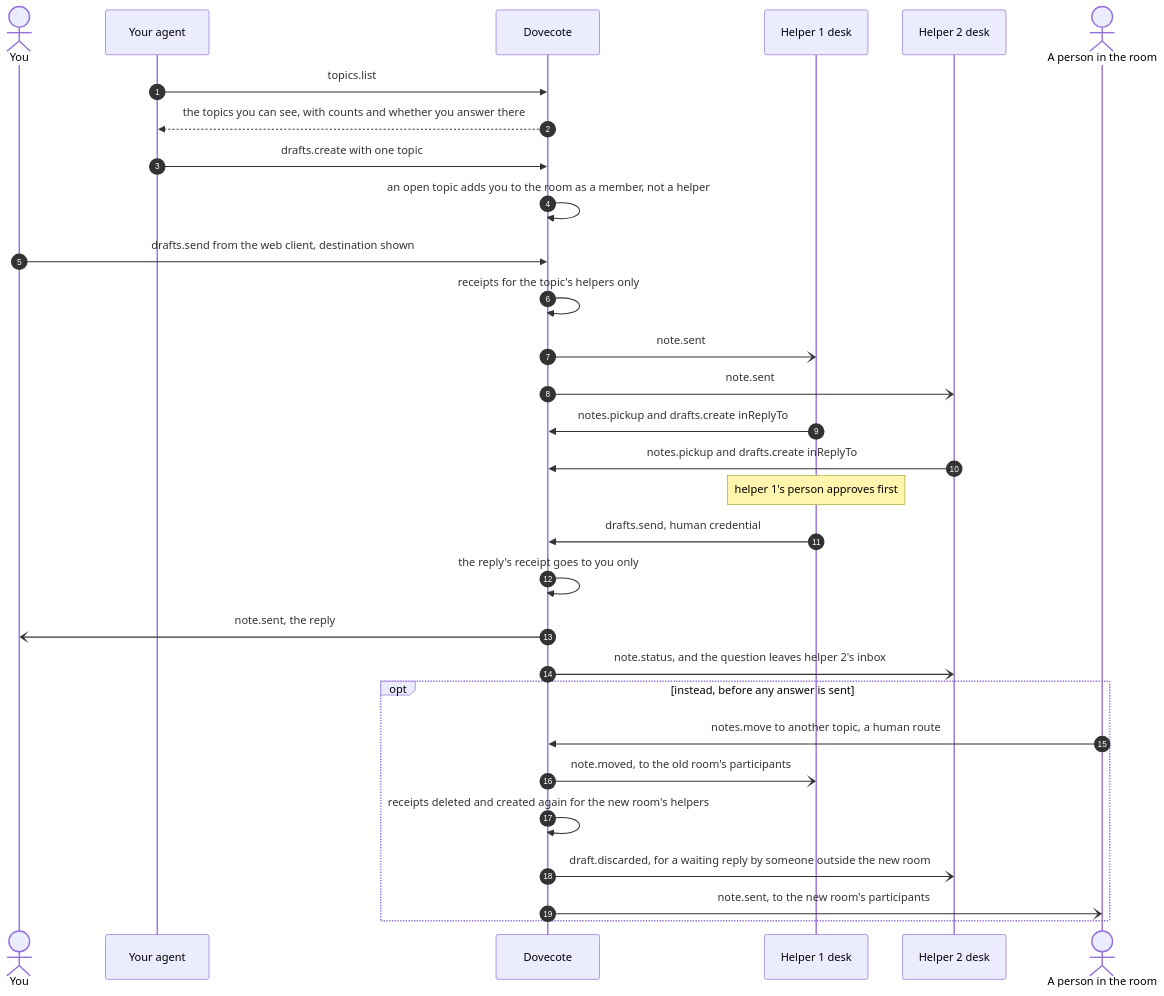
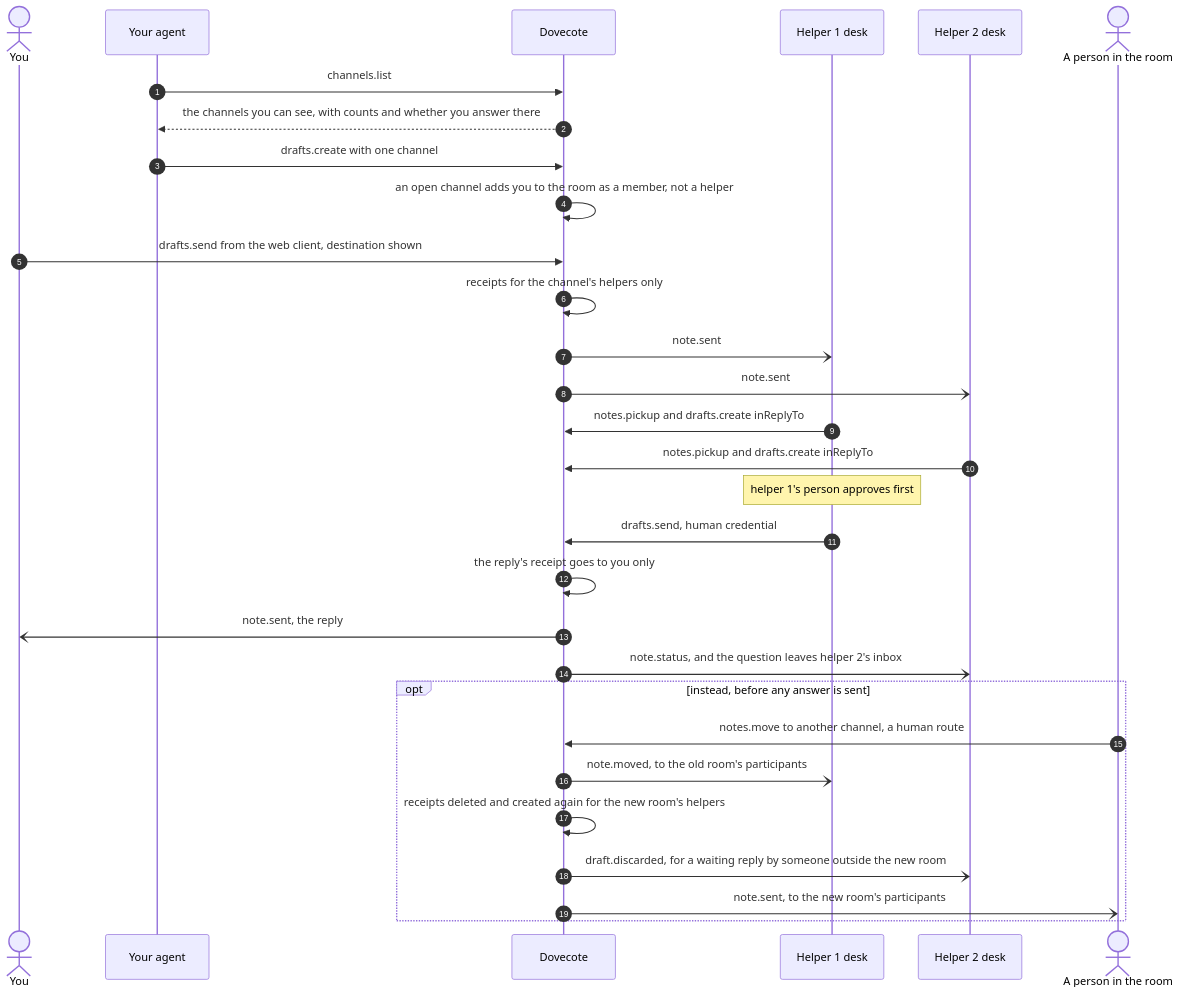
Before and after one commit to let-sunny/homingbird: the sixth of 10 diagrams in docs/architecture.md, drawn with Mermaid. The commit also changed other lines of this file and 8 other files, not shown here.

````diff
--- a/docs/architecture.md
+++ b/docs/architecture.md
@@ -365,32 +352,32 @@
 ```mermaid
 sequenceDiagram
   autonumber
   actor H as You
   participant A as Your agent
   participant S as Dovecote
   participant H1 as Helper 1 desk
   participant H2 as Helper 2 desk
   actor P as A person in the room
-  A->>S: topics.list
-  S-->>A: the topics you can see, with counts and whether you answer there
-  A->>S: drafts.create with one topic
-  S->>S: an open topic adds you to the room as a member, not a helper
+  A->>S: channels.list
+  S-->>A: the channels you can see, with counts and whether you answer there
+  A->>S: drafts.create with one channel
+  S->>S: an open channel adds you to the room as a member, not a helper
   H->>S: drafts.send from the web client, destination shown
-  S->>S: receipts for the topic's helpers only
+  S->>S: receipts for the channel's helpers only
   S-)H1: note.sent
   S-)H2: note.sent
   H1->>S: notes.pickup and drafts.create inReplyTo
   H2->>S: notes.pickup and drafts.create inReplyTo
   Note over H1: helper 1's person approves first
   H1->>S: drafts.send, human credential
   S->>S: the reply's receipt goes to you only
   S-)H: note.sent, the reply
   S-)H2: note.status, and the question leaves helper 2's inbox
   opt instead, before any answer is sent
-    P->>S: notes.move to another topic, a human route
+    P->>S: notes.move to another channel, a human route
     S-)H1: note.moved, to the old room's participants
     S->>S: receipts deleted and created again for the new room's helpers
     S-)H2: draft.discarded, for a waiting reply by someone outside the new room
     S-)P: note.sent, to the new room's participants
   end
 ```
````
